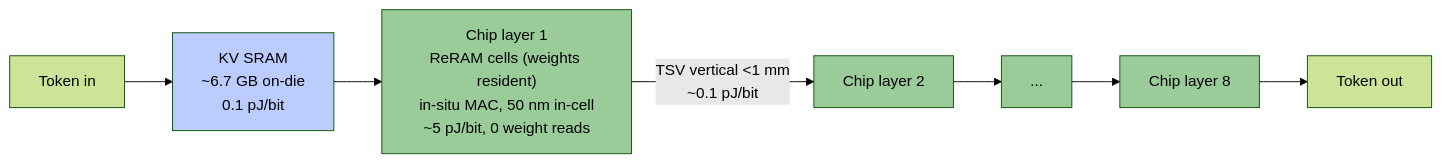
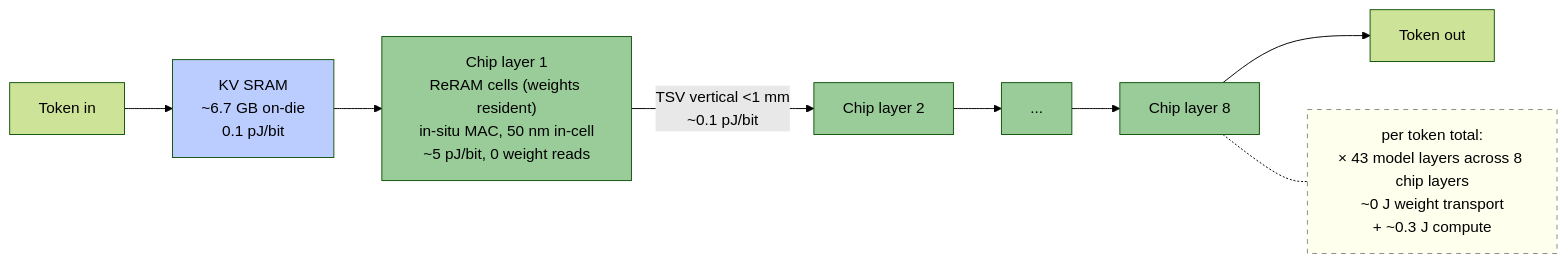
Before and after one commit to michaelhuo2030/millisecond-era: the fifth of 5 diagrams in README.md, drawn with Mermaid (forest theme). The commit also changed other lines of this file and 1 other file, not shown here.

First line of the commit message:
mermaid: restore per-token summary as annotation node (no self-loop)

````diff
--- a/README.md
+++ b/README.md
@@ -123,14 +127,16 @@
 ```mermaid
 flowchart LR
     T1[Token in] --> KV["KV SRAM<br/>~6.7 GB on-die<br/>0.1 pJ/bit"]
     KV --> L1["Chip layer 1<br/>ReRAM cells (weights resident)<br/>in-situ MAC, 50 nm in-cell<br/>~5 pJ/bit, 0 weight reads"]
     L1 -->|"TSV vertical &lt;1 mm<br/>~0.1 pJ/bit"| L2["Chip layer 2"]
     L2 --> L3["..."]
     L3 --> L8["Chip layer 8"]
     L8 --> T2[Token out]
+    L8 -.- TOTAL["per token total:<br/>× 43 model layers across 8 chip layers<br/>~0 J weight transport<br/>+ ~0.3 J compute"]
     style L1 fill:#9c9
     style L2 fill:#9c9
     style L3 fill:#9c9
     style L8 fill:#9c9
     style KV fill:#bcf
+    style TOTAL fill:#ffe,stroke:#888,stroke-dasharray: 5 5
 ```
````
